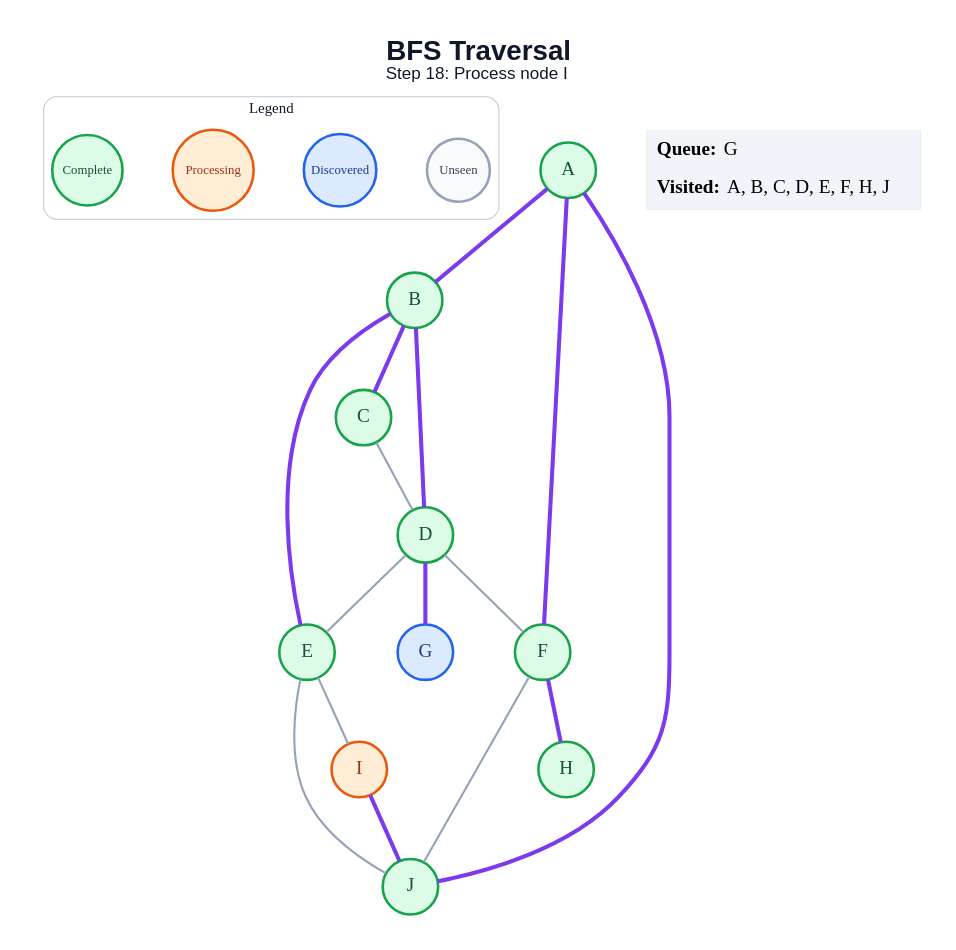
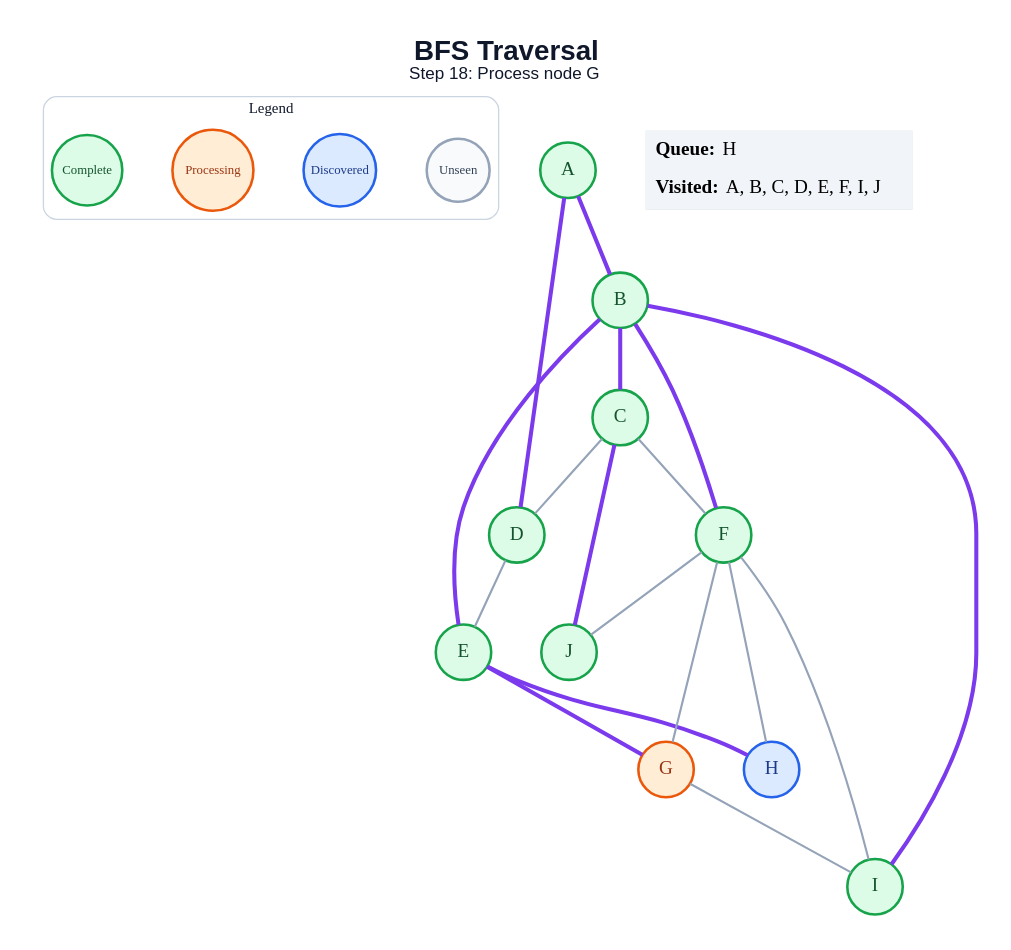
One commit to anon7238593-create/ai-slop changed the diagram in generated/bfs/step_18.dot. Above: the diagram before and after it, drawn with Graphviz. The commit also changed 178 other files, not shown here.

```diff
--- a/generated/bfs/step_18.dot
+++ b/generated/bfs/step_18.dot
@@ -1,44 +1,46 @@
 graph traversal {
   graph [layout=dot, rankdir=TB, bgcolor="#FFFFFF", pad="0.35", nodesep="0.65", ranksep="0.8", fontname="Arial"];
   node [shape=circle, style="filled", fontname="Arial Bold", fontsize=18, width=0.72, fixedsize=true, penwidth=2.4];
   edge [color="#94A3B8", penwidth=2.0];
-  label=<<B>BFS Traversal</B><BR/><FONT POINT-SIZE="16">Step 18: Process node I</FONT>>; labelloc="t"; fontsize=26; fontname="Arial"; fontcolor="#0F172A";
+  label=<<B>BFS Traversal</B><BR/><FONT POINT-SIZE="16">Step 18: Process node G</FONT>>; labelloc="t"; fontsize=26; fontname="Arial"; fontcolor="#0F172A";
   subgraph cluster_legend { label="Legend"; color="#CBD5E1"; penwidth=1.2; style="rounded"; fontsize=14; fontname="Arial Bold";
     key_unseen [label="Unseen", fillcolor="#F8FAFC", color="#94A3B8", fontcolor="#334155", fontsize=12, width=0.82];
     key_frontier [label="Discovered", fillcolor="#DBEAFE", color="#2563EB", fontcolor="#1E3A8A", fontsize=12, width=0.95];
     key_current [label="Processing", fillcolor="#FFEDD5", color="#EA580C", fontcolor="#9A3412", fontsize=12, width=1.05];
     key_done [label="Complete", fillcolor="#DCFCE7", color="#16A34A", fontcolor="#14532D", fontsize=12, width=0.92];
     { rank=same; key_unseen; key_frontier; key_current; key_done; }
   }
   A [fillcolor="#DCFCE7", color="#16A34A", fontcolor="#14532D"];
   B [fillcolor="#DCFCE7", color="#16A34A", fontcolor="#14532D"];
   C [fillcolor="#DCFCE7", color="#16A34A", fontcolor="#14532D"];
   D [fillcolor="#DCFCE7", color="#16A34A", fontcolor="#14532D"];
   E [fillcolor="#DCFCE7", color="#16A34A", fontcolor="#14532D"];
   F [fillcolor="#DCFCE7", color="#16A34A", fontcolor="#14532D"];
-  G [fillcolor="#DBEAFE", color="#2563EB", fontcolor="#1E3A8A"];
-  H [fillcolor="#DCFCE7", color="#16A34A", fontcolor="#14532D"];
-  I [fillcolor="#FFEDD5", color="#EA580C", fontcolor="#9A3412"];
+  G [fillcolor="#FFEDD5", color="#EA580C", fontcolor="#9A3412"];
+  H [fillcolor="#DBEAFE", color="#2563EB", fontcolor="#1E3A8A"];
+  I [fillcolor="#DCFCE7", color="#16A34A", fontcolor="#14532D"];
   J [fillcolor="#DCFCE7", color="#16A34A", fontcolor="#14532D"];
   A -- B [color="#7C3AED", penwidth=3.8];
-  A -- F [color="#7C3AED", penwidth=3.8];
-  A -- J [color="#7C3AED", penwidth=3.8];
+  A -- D [color="#7C3AED", penwidth=3.8];
   B -- C [color="#7C3AED", penwidth=3.8];
-  B -- D [color="#7C3AED", penwidth=3.8];
   B -- E [color="#7C3AED", penwidth=3.8];
+  B -- F [color="#7C3AED", penwidth=3.8];
+  B -- I [color="#7C3AED", penwidth=3.8];
   C -- D;
+  C -- F;
+  C -- J [color="#7C3AED", penwidth=3.8];
   D -- E;
-  D -- F;
-  D -- G [color="#7C3AED", penwidth=3.8];
-  E -- I;
-  E -- J;
-  F -- H [color="#7C3AED", penwidth=3.8];
+  E -- G [color="#7C3AED", penwidth=3.8];
+  E -- H [color="#7C3AED", penwidth=3.8];
+  F -- G;
+  F -- H;
+  F -- I;
   F -- J;
-  I -- J [color="#7C3AED", penwidth=3.8];
+  G -- I;
   status [shape=plain, fixedsize=false, width=0, height=0, margin=0, label=<
     <TABLE BORDER="0" CELLBORDER="0" CELLPADDING="7" BGCOLOR="#F1F5F9">
-      <TR><TD ALIGN="LEFT"><B>Queue:</B> G</TD></TR>
-      <TR><TD ALIGN="LEFT"><B>Visited:</B> A, B, C, D, E, F, H, J</TD></TR>
+      <TR><TD ALIGN="LEFT"><B>Queue:</B> H</TD></TR>
+      <TR><TD ALIGN="LEFT"><B>Visited:</B> A, B, C, D, E, F, I, J</TD></TR>
     </TABLE>
   >];
 }
```
